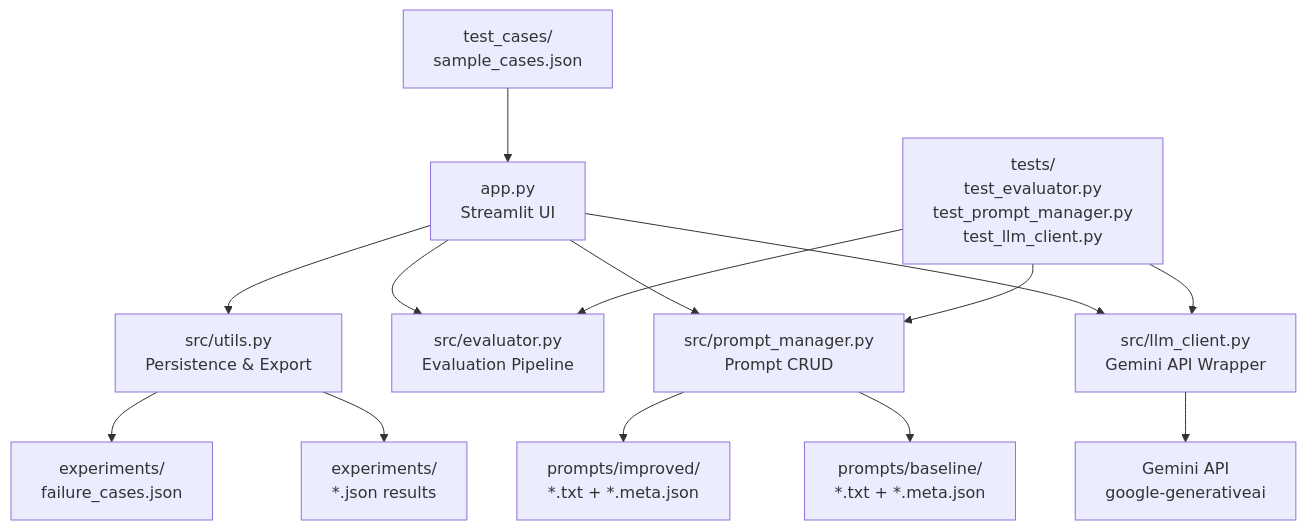
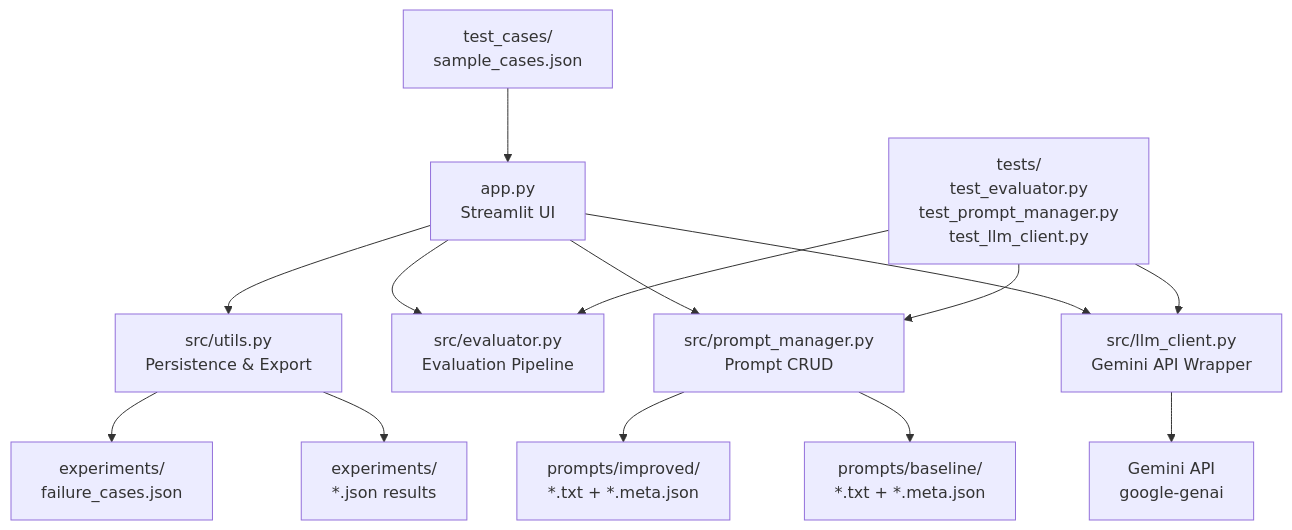
Before and after one commit to himani-2-git/GenAI-Prompt-Evaluation-Lab: the diagram in README.md, drawn with Mermaid. The commit also changed other lines of this file and 9 other files, not shown here.

````diff
--- a/README.md
+++ b/README.md
@@ -95,21 +121,21 @@
 ```mermaid
 flowchart TD
     A["app.py\nStreamlit UI"] --> B["src/llm_client.py\nGemini API Wrapper"]
     A --> C["src/evaluator.py\nEvaluation Pipeline"]
     A --> D["src/prompt_manager.py\nPrompt CRUD"]
     A --> E["src/utils.py\nPersistence & Export"]
 
     D --> F["prompts/baseline/\n*.txt + *.meta.json"]
     D --> G["prompts/improved/\n*.txt + *.meta.json"]
 
     E --> H["experiments/\n*.json results"]
     E --> I["experiments/\nfailure_cases.json"]
 
-    B --> J["Gemini API\ngoogle-generativeai"]
+    B --> J["Gemini API\ngoogle-genai"]
 
     K["test_cases/\nsample_cases.json"] --> A
 
     L["tests/\ntest_evaluator.py\ntest_prompt_manager.py\ntest_llm_client.py"] --> C
     L --> D
     L --> B
 ```
````
